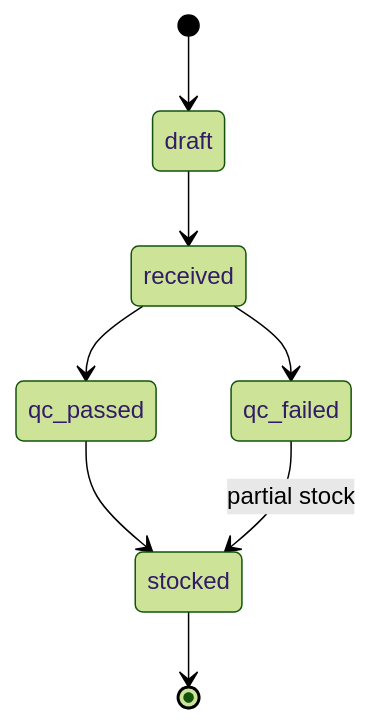
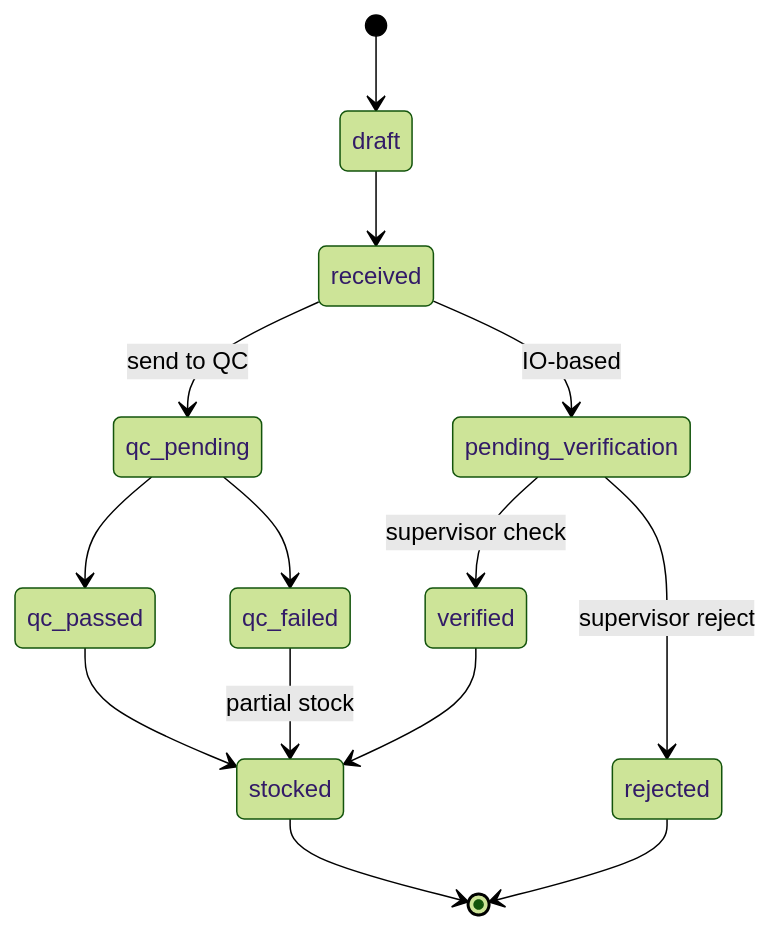
One commit to AKRA-WEB/ProjectERP changed the fourth of 11 diagrams in _notes/00_Project_Map/state-machines.md. Above: the diagram before and after it, drawn with Mermaid (forest theme). The commit also changed other lines of this file and 1 other file, not shown here.

````diff
--- a/_notes/00_Project_Map/state-machines.md
+++ b/_notes/00_Project_Map/state-machines.md
@@ -41,10 +63,16 @@
 ```mermaid
 stateDiagram-v2
     [*] --> draft
     draft --> received
-    received --> qc_passed
-    received --> qc_failed
+    received --> qc_pending : send to QC
+    qc_pending --> qc_passed
+    qc_pending --> qc_failed
+    received --> pending_verification : IO-based
+    pending_verification --> verified : supervisor check
+    pending_verification --> rejected : supervisor reject
     qc_passed --> stocked
     qc_failed --> stocked : partial stock
+    verified --> stocked
+    rejected --> [*]
     stocked --> [*]
 ```
````
